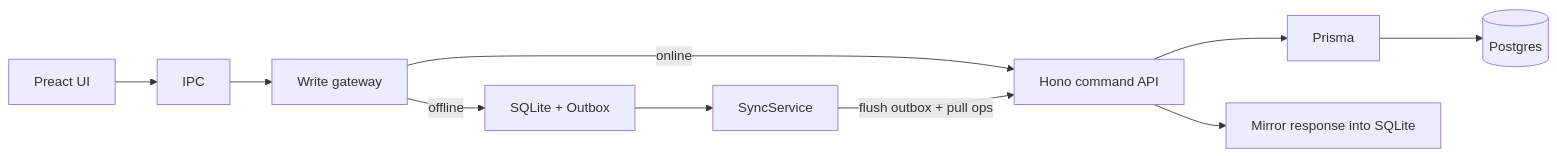
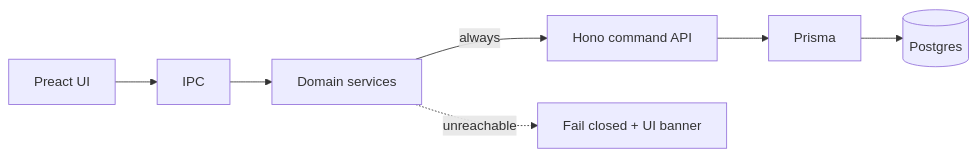
The second of 2 diagrams in .cursor/plans/online-first_prisma_backend_adce70a7.plan.md (mbakesamuel/sales-application), drawn with Mermaid before and after one commit. The commit also changed other lines of this file and 85 other files, not shown here.

````diff
--- a/.cursor/plans/online-first_prisma_backend_adce70a7.plan.md
+++ b/.cursor/plans/online-first_prisma_backend_adce70a7.plan.md
@@ -45,12 +51,9 @@
 ```mermaid
 flowchart LR
   UI[Preact UI] --> IPC[IPC]
-  IPC --> GW[Write gateway]
-  GW -->|online| API[Hono command API]
-  GW -->|offline| Local[SQLite + Outbox]
+  IPC --> Svc[Domain services]
+  Svc -->|always| API[Hono command API]
   API --> Prisma[Prisma]
   Prisma --> PG[(Postgres)]
-  Local --> Sync[SyncService]
-  Sync -->|flush outbox + pull ops| API
-  API --> Mirror[Mirror response into SQLite]
+  Svc -.->|unreachable| Err[Fail closed + UI banner]
 ```
````
